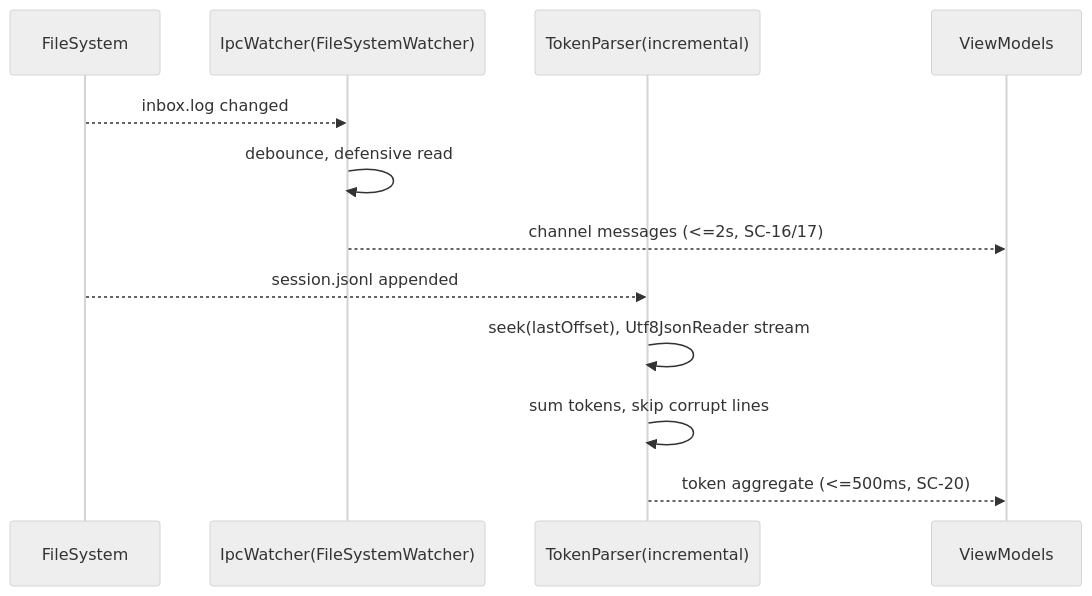
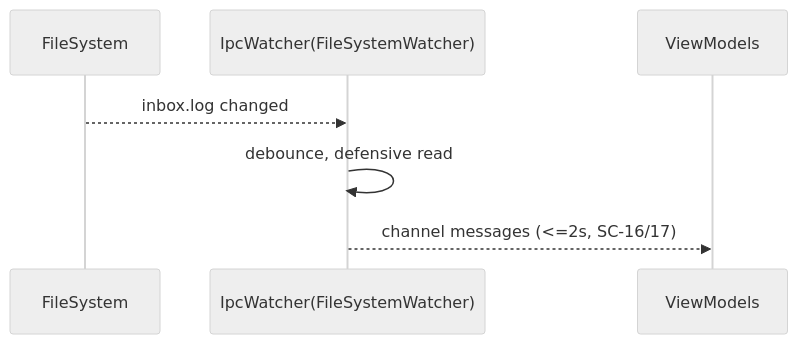
One commit to MAHT1990/control_tower_win changed the third of 3 diagrams in docs/plans/v1.5/10_tech.md. Above: the diagram before and after it, drawn with Mermaid (neutral theme). The commit also changed other lines of this file and 14 other files, not shown here.

````diff
--- a/docs/plans/v1.5/10_tech.md
+++ b/docs/plans/v1.5/10_tech.md
@@ -278,14 +270,9 @@
 ```mermaid
 sequenceDiagram
     participant FS as FileSystem
     participant IW as IpcWatcher(FileSystemWatcher)
-    participant TP as TokenParser(incremental)
     participant VM as ViewModels
     FS-->>IW: inbox.log changed
     IW->>IW: debounce, defensive read
     IW-->>VM: channel messages (<=2s, SC-16/17)
-    FS-->>TP: session.jsonl appended
-    TP->>TP: seek(lastOffset), Utf8JsonReader stream
-    TP->>TP: sum tokens, skip corrupt lines
-    TP-->>VM: token aggregate (<=500ms, SC-20)
 ```
````
